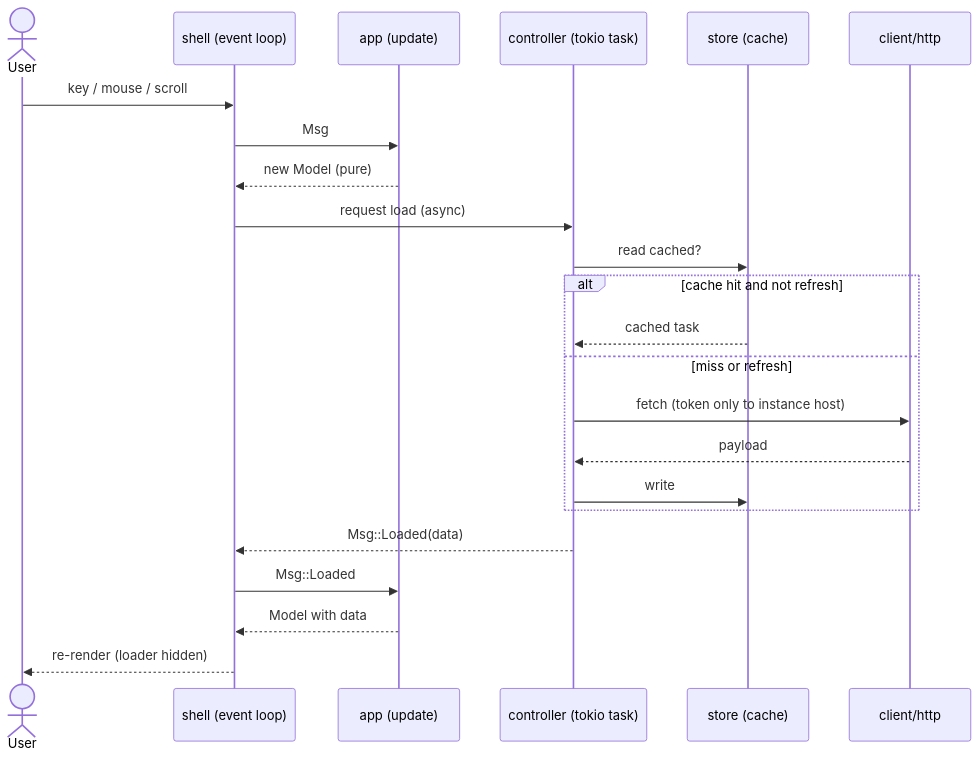
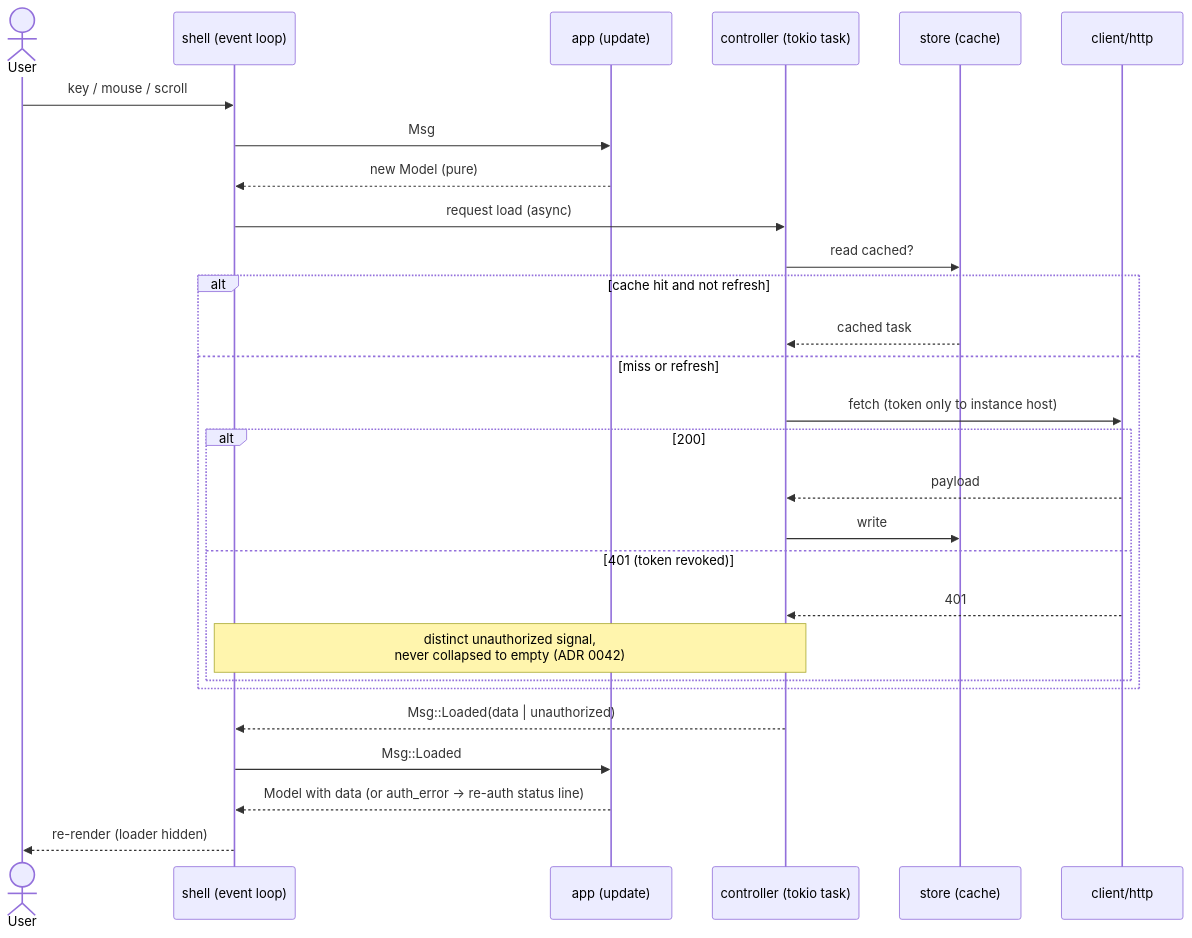
The second of 3 diagrams in docs/architecture.md (ejklock/active-collab-cli), drawn with Mermaid before and after one commit. The commit also changed other lines of this file and 8 other files, not shown here.

````diff
--- a/docs/architecture.md
+++ b/docs/architecture.md
@@ -112,26 +112,31 @@
 ```mermaid
 sequenceDiagram
     actor User
     participant Shell as shell (event loop)
     participant App as app (update)
     participant Ctl as controller (tokio task)
     participant Cache as store (cache)
     participant API as client/http
 
     User->>Shell: key / mouse / scroll
     Shell->>App: Msg
     App-->>Shell: new Model (pure)
     Shell->>Ctl: request load (async)
     Ctl->>Cache: read cached?
     alt cache hit and not refresh
         Cache-->>Ctl: cached task
     else miss or refresh
         Ctl->>API: fetch (token only to instance host)
-        API-->>Ctl: payload
-        Ctl->>Cache: write
+        alt 200
+            API-->>Ctl: payload
+            Ctl->>Cache: write
+        else 401 (token revoked)
+            API-->>Ctl: 401
+            Note over Ctl,Shell: distinct unauthorized signal,<br/>never collapsed to empty (ADR 0042)
+        end
     end
-    Ctl-->>Shell: Msg::Loaded(data)
+    Ctl-->>Shell: Msg::Loaded(data | unauthorized)
     Shell->>App: Msg::Loaded
-    App-->>Shell: Model with data
+    App-->>Shell: Model with data (or auth_error → re-auth status line)
     Shell-->>User: re-render (loader hidden)
 ```
````
